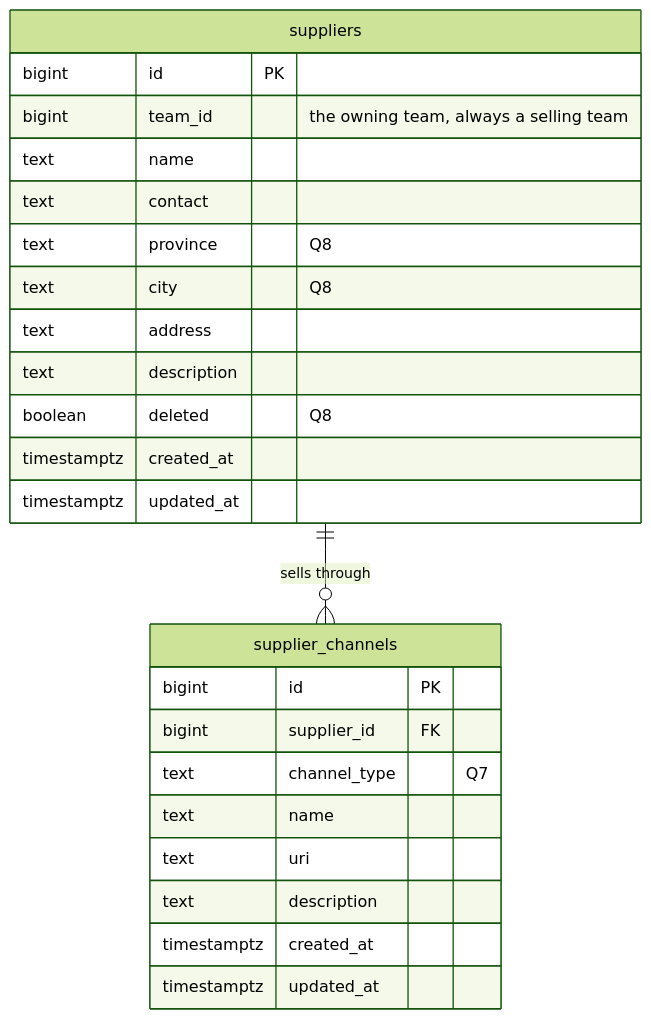
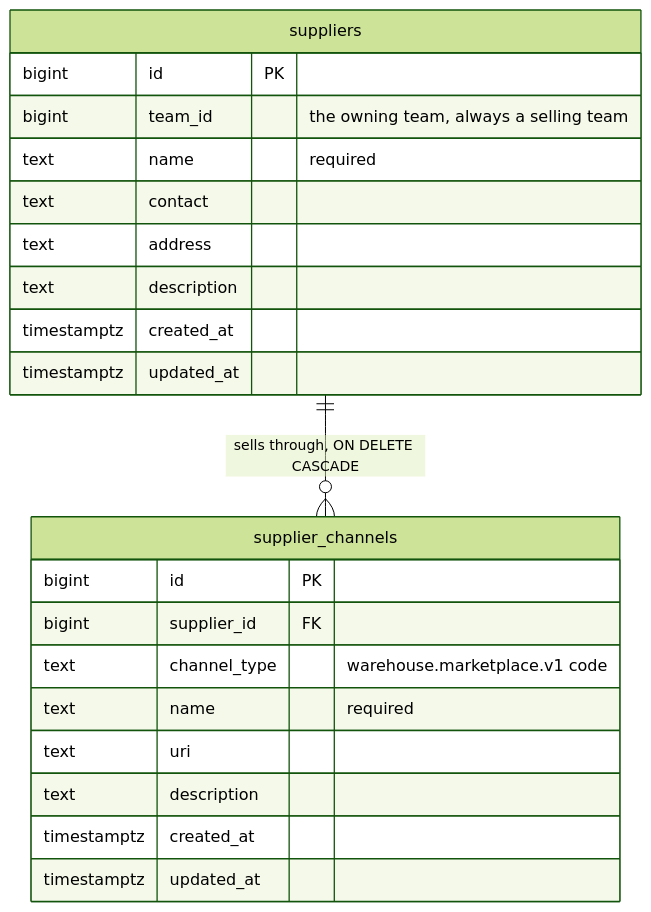
One commit to pdcgo/warehouse_revamp changed the first of 4 diagrams in docs/business/supplier/context_clarify.md. Above: the diagram before and after it, drawn with Mermaid (forest theme). The commit also changed other lines of this file and 6 other files, not shown here.

First line of the commit message:
supplier: Q6, Q7, Q8 answered - own supplier_service, the shared marketplace list, hard delete

````diff
--- a/docs/business/supplier/context_clarify.md
+++ b/docs/business/supplier/context_clarify.md
@@ -71,27 +35,24 @@
 ```mermaid
 erDiagram
-  suppliers ||--o{ supplier_channels : "sells through"
+  suppliers ||--o{ supplier_channels : "sells through, ON DELETE CASCADE"
   suppliers {
     bigint id PK
     bigint team_id "the owning team, always a selling team"
-    text name
+    text name "required"
     text contact
-    text province "Q8"
-    text city "Q8"
     text address
     text description
-    boolean deleted "Q8"
     timestamptz created_at
     timestamptz updated_at
   }
   supplier_channels {
     bigint id PK
     bigint supplier_id FK
-    text channel_type "Q7"
-    text name
+    text channel_type "warehouse.marketplace.v1 code"
+    text name "required"
     text uri
     text description
     timestamptz created_at
     timestamptz updated_at
   }
 ```
````
